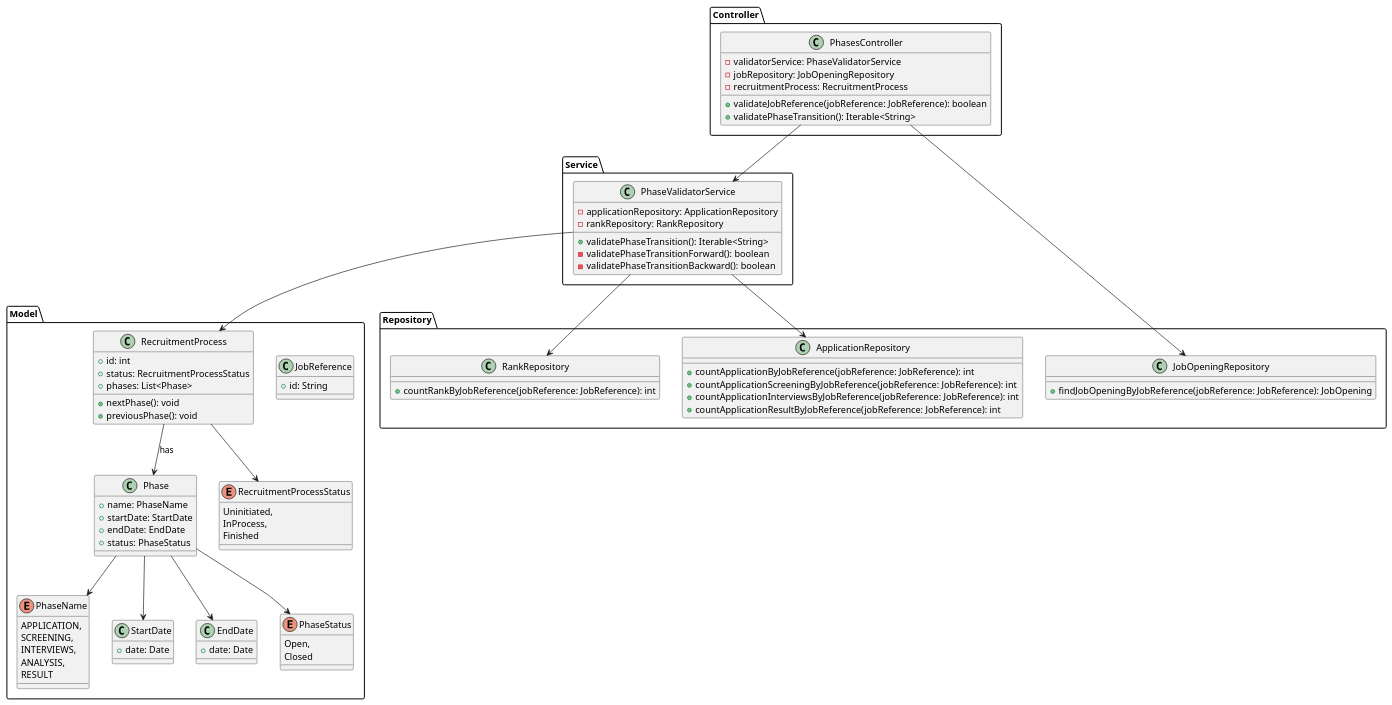
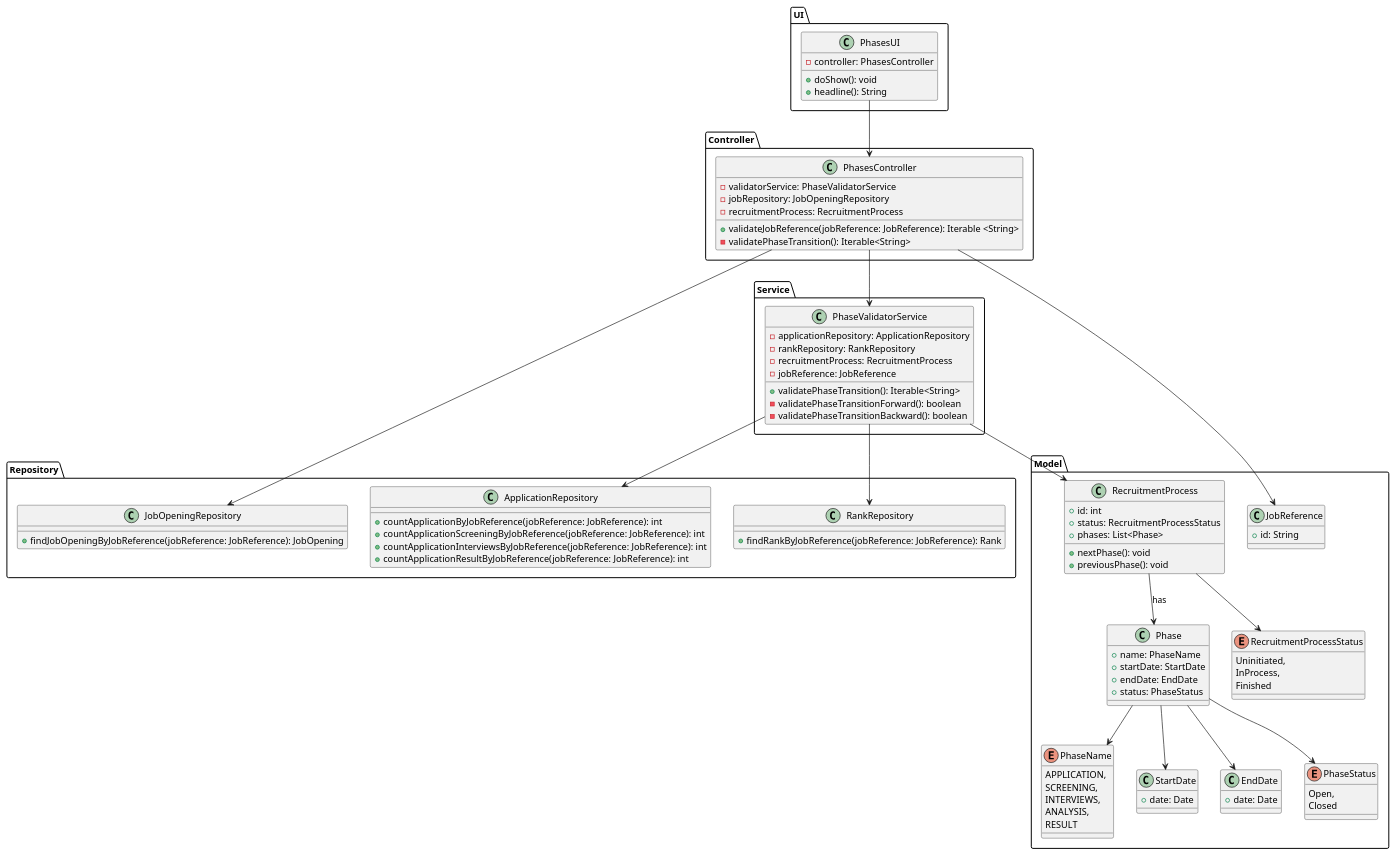
One commit to Mendoncaa/LAPR4 changed the diagram in docs/sprintC/US1010/03.design/puml/CD.puml. Above: the diagram before and after it, drawn with PlantUML. The commit also changed 5 other files, not shown here.

First line of the commit message:
#40 US1010 documentation and diagrams update

```diff
--- a/docs/sprintC/US1010/03.design/puml/CD.puml
+++ b/docs/sprintC/US1010/03.design/puml/CD.puml
@@ -1,100 +1,114 @@
 @startuml ClassDiagram
 
 package Controller {
     class PhasesController {
         - validatorService: PhaseValidatorService
         - jobRepository: JobOpeningRepository
         - recruitmentProcess: RecruitmentProcess
-        + validateJobReference(jobReference: JobReference): boolean
-        + validatePhaseTransition(): Iterable<String>
+        + validateJobReference(jobReference: JobReference): Iterable <String>
+        - validatePhaseTransition(): Iterable<String>
     }
 }
 
 package Service {
     class PhaseValidatorService {
         - applicationRepository: ApplicationRepository
         - rankRepository: RankRepository
+        - recruitmentProcess: RecruitmentProcess
+        - jobReference: JobReference
         + validatePhaseTransition(): Iterable<String>
         - validatePhaseTransitionForward(): boolean
         - validatePhaseTransitionBackward(): boolean
     }
 }
 
 package Repository {
     class JobOpeningRepository {
         + findJobOpeningByJobReference(jobReference: JobReference): JobOpening
     }
 
     class ApplicationRepository {
         + countApplicationByJobReference(jobReference: JobReference): int
         + countApplicationScreeningByJobReference(jobReference: JobReference): int
         + countApplicationInterviewsByJobReference(jobReference: JobReference): int
         + countApplicationResultByJobReference(jobReference: JobReference): int
     }
 
     class RankRepository {
-        + countRankByJobReference(jobReference: JobReference): int
+        + findRankByJobReference(jobReference: JobReference): Rank
     }
 }
 
 package Model {
+
     class JobReference {
         +id: String
     }
 
     class RecruitmentProcess {
         +id: int
         +status: RecruitmentProcessStatus
         +phases: List<Phase>
         + nextPhase(): void
         + previousPhase(): void
     }
 
     class Phase {
         +name: PhaseName
         +startDate: StartDate
         +endDate: EndDate
         +status: PhaseStatus
     }
 
     enum PhaseName {
         APPLICATION,
         SCREENING,
         INTERVIEWS,
         ANALYSIS,
         RESULT
     }
 
     class StartDate {
         +date: Date
     }
 
     class EndDate {
         +date: Date
     }
 
     enum PhaseStatus {
         Open,
         Closed
     }
 
     enum RecruitmentProcessStatus {
         Uninitiated,
         InProcess,
         Finished
     }
 }
 
+package UI {
+    class PhasesUI {
+        - controller: PhasesController
+        + doShow(): void
+        + headline(): String
+    }
+}
+
 PhasesController --> PhaseValidatorService
 PhasesController --> JobOpeningRepository
+PhasesController --> JobReference
 PhaseValidatorService --> ApplicationRepository
 PhaseValidatorService --> RecruitmentProcess
 PhaseValidatorService --> RankRepository
 RecruitmentProcess --> Phase : "has"
 Phase --> PhaseName
 Phase --> StartDate
 Phase --> EndDate
 Phase --> PhaseStatus
 RecruitmentProcess --> RecruitmentProcessStatus
 
+PhasesUI --> PhasesController
+
 @enduml
```
